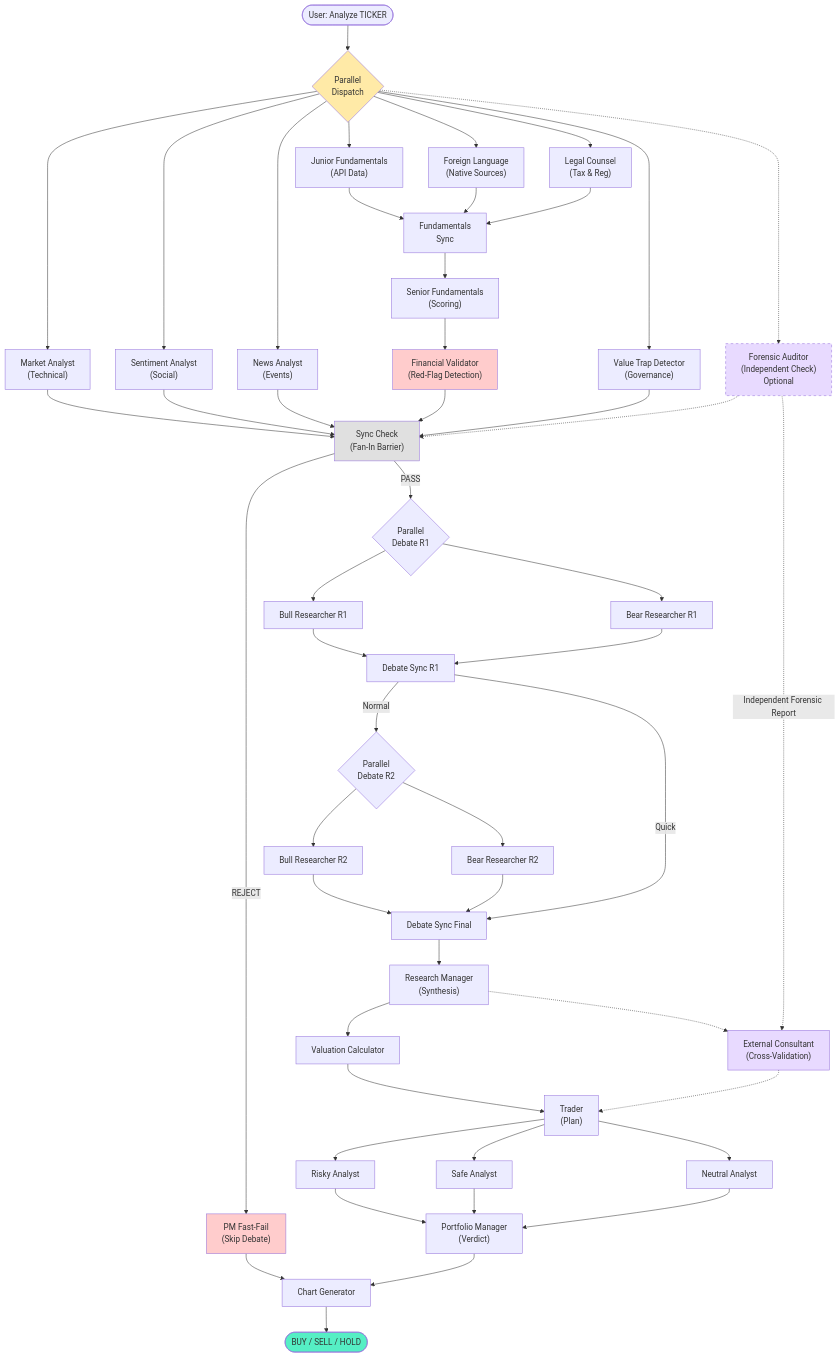
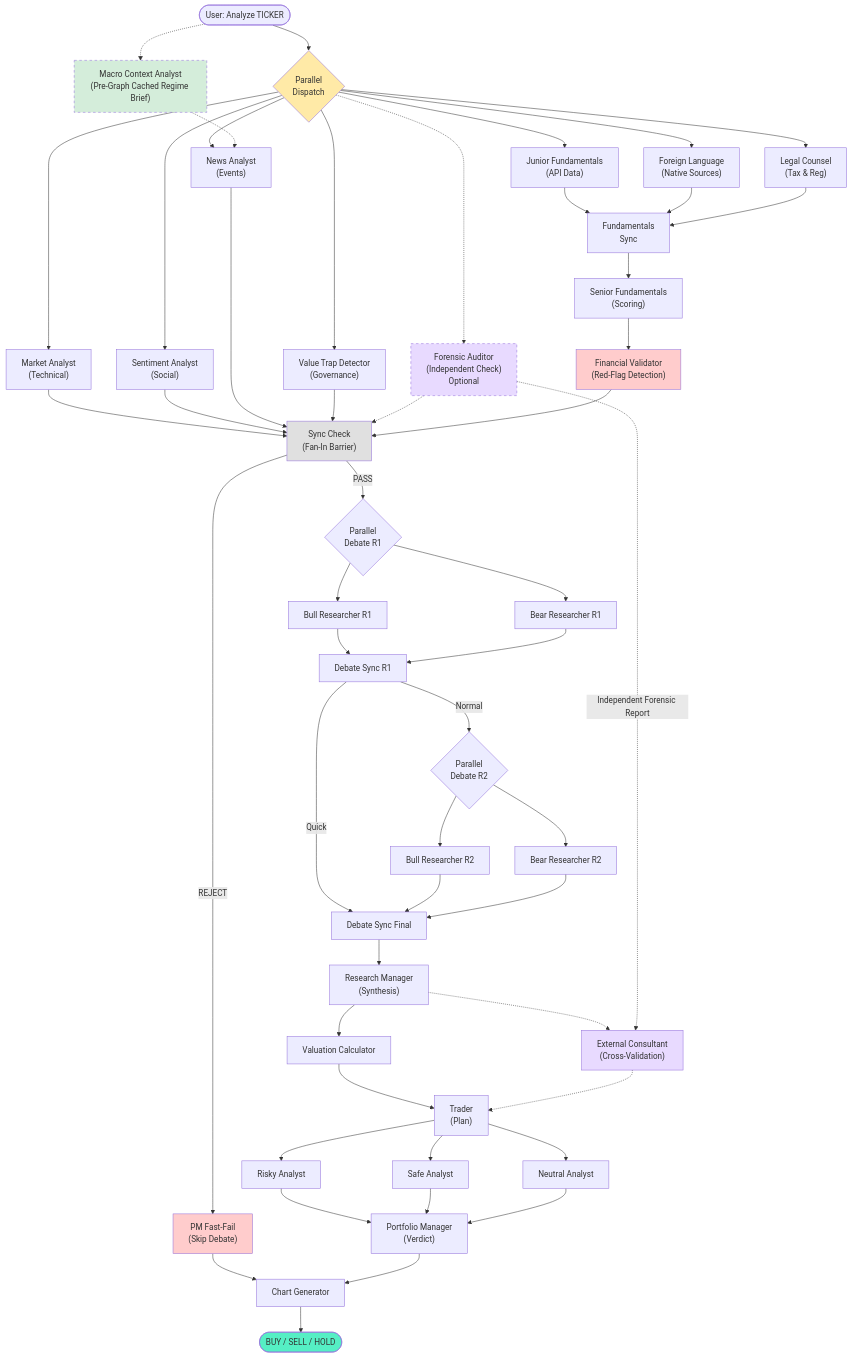
The diagram in README.md (rgoerwit/ai-investment-agent), drawn with Mermaid before and after one commit. The commit also changed other lines of this file and 60 other files, not shown here.

````diff
--- a/README.md
+++ b/README.md
@@ -23,71 +23,75 @@
 ```mermaid
 graph TB
     Start(["User: Analyze TICKER"]) --> Dispatcher{"Parallel<br/>Dispatch"}
+    Start -.-> MacroCtx["Macro Context Analyst<br/>(Pre-Graph Cached Regime Brief)"]
 
     Dispatcher --> MarketAnalyst["Market Analyst<br/>(Technical)"]
     Dispatcher --> SentimentAnalyst["Sentiment Analyst<br/>(Social)"]
     Dispatcher --> NewsAnalyst["News Analyst<br/>(Events)"]
     Dispatcher --> JuniorFund["Junior Fundamentals<br/>(API Data)"]
     Dispatcher --> ForeignLang["Foreign Language<br/>(Native Sources)"]
     Dispatcher --> LegalCounsel["Legal Counsel<br/>(Tax & Reg)"]
     Dispatcher --> ValueTrap["Value Trap Detector<br/>(Governance)"]
     Dispatcher -.-> Auditor["Forensic Auditor<br/>(Independent Check)<br/>Optional"]
+
+    MacroCtx -.-> NewsAnalyst
 
     MarketAnalyst --> SyncCheck["Sync Check<br/>(Fan-In Barrier)"]
     SentimentAnalyst --> SyncCheck
     NewsAnalyst --> SyncCheck
     ValueTrap --> SyncCheck
     Auditor -.-> SyncCheck
 
     JuniorFund --> FundSync["Fundamentals<br/>Sync"]
     ForeignLang --> FundSync
     LegalCounsel --> FundSync
     FundSync --> SeniorFund["Senior Fundamentals<br/>(Scoring)"]
     SeniorFund --> Validator["Financial Validator<br/>(Red-Flag Detection)"]
     Validator --> SyncCheck
 
     SyncCheck -->|"REJECT"| PMFastFail["PM Fast-Fail<br/>(Skip Debate)"]
     SyncCheck -->|"PASS"| DebateR1{"Parallel<br/>Debate R1"}
 
     DebateR1 --> BullR1["Bull Researcher R1"]
     DebateR1 --> BearR1["Bear Researcher R1"]
     BullR1 --> DebateSyncR1["Debate Sync R1"]
     BearR1 --> DebateSyncR1
 
     DebateSyncR1 -->|"Normal"| DebateR2{"Parallel<br/>Debate R2"}
     DebateSyncR1 -->|"Quick"| DebateSyncFinal["Debate Sync Final"]
 
     DebateR2 --> BullR2["Bull Researcher R2"]
     DebateR2 --> BearR2["Bear Researcher R2"]
     BullR2 --> DebateSyncFinal
     BearR2 --> DebateSyncFinal
 
     DebateSyncFinal --> ResearchManager["Research Manager<br/>(Synthesis)"]
     ResearchManager --> ValuationCalc["Valuation Calculator"]
     ResearchManager -.-> Consultant["External Consultant<br/>(Cross-Validation)"]
     Auditor -.->|Independent Forensic Report| Consultant
 
     ValuationCalc --> Trader["Trader<br/>(Plan)"]
     Consultant -.-> Trader
 
     Trader --> RiskyAnalyst["Risky Analyst"]
     Trader --> SafeAnalyst["Safe Analyst"]
     Trader --> NeutralAnalyst["Neutral Analyst"]
 
     RiskyAnalyst --> PortfolioManager["Portfolio Manager<br/>(Verdict)"]
     SafeAnalyst --> PortfolioManager
     NeutralAnalyst --> PortfolioManager
 
     PMFastFail --> ChartGen["Chart Generator"]
     PortfolioManager --> ChartGen
 
     ChartGen --> Decision(["BUY / SELL / HOLD"])
 
     style Dispatcher fill:#ffeaa7,color:#333
+    style MacroCtx fill:#d4edda,color:#333,stroke-dasharray: 5 5
     style SyncCheck fill:#e0e0e0,color:#333
     style Validator fill:#ffcccc,color:#333
     style Consultant fill:#e8daff,color:#333
     style Auditor fill:#e8daff,color:#333,stroke-dasharray: 5 5
     style PMFastFail fill:#ffcccc,color:#333
     style Decision fill:#55efc4,color:#333
 ```
````
